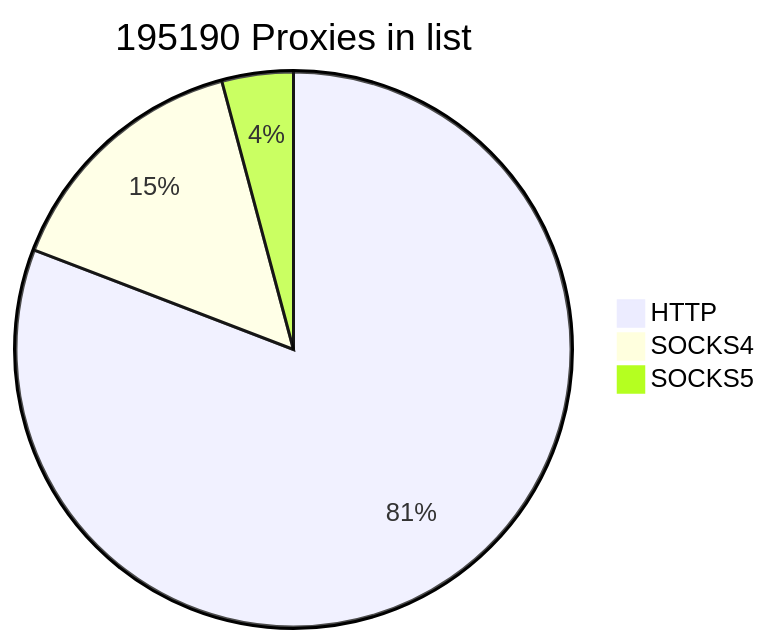
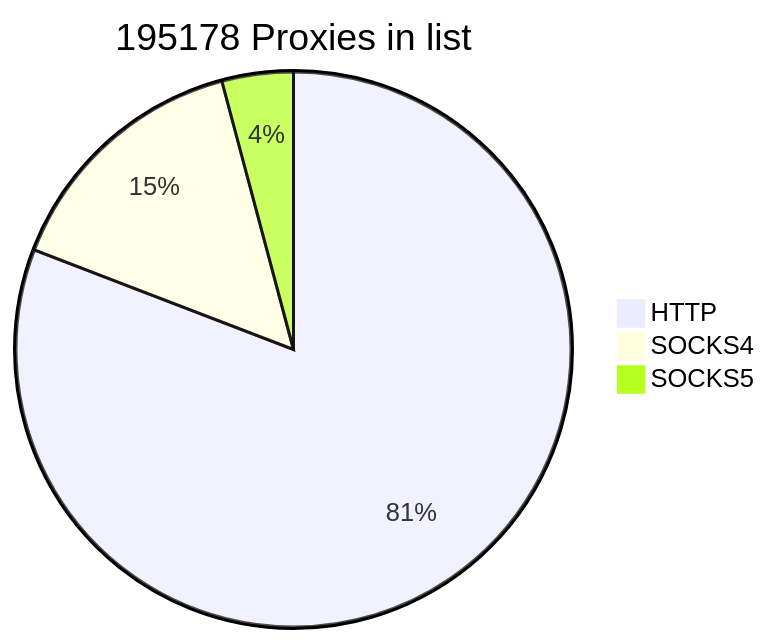
Before and after one commit to cutipu/proxylist: the first of 2 diagrams in README.md, drawn with Mermaid. The commit also changed other lines of this file, not shown here.

````diff
--- a/README.md
+++ b/README.md
@@ -2,7 +2,7 @@
 ```mermaid
-pie title 195190 Proxies in list
-    "HTTP" : 157777
-    "SOCKS4" : 29302
-    "SOCKS5" : 8111
+pie title 195178 Proxies in list
+    "HTTP" : 157776
+    "SOCKS4" : 29300
+    "SOCKS5" : 8102
             
 ```
````
